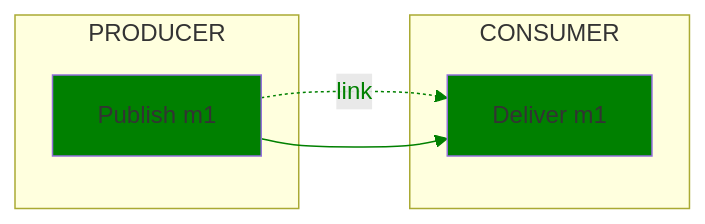
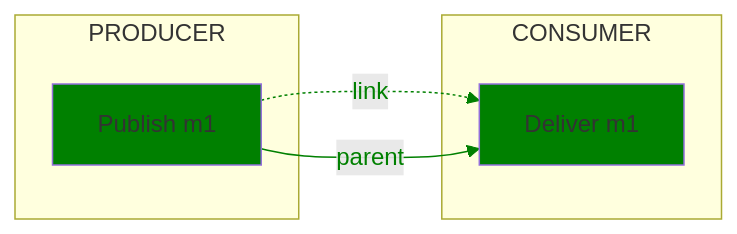
One commit to open-telemetry/oteps changed the third of 12 diagrams in text/trace/0220-messaging-semantic-conventions-span-structure.md. Above: the diagram before and after it, drawn with Mermaid. The commit also changed other lines of this file, not shown here.

Commit message:
Add parent label on diagrams

````diff
--- a/text/trace/0220-messaging-semantic-conventions-span-structure.md
+++ b/text/trace/0220-messaging-semantic-conventions-span-structure.md
@@ -364,15 +364,15 @@
 ```mermaid
 flowchart LR;
   subgraph PRODUCER
   PM1[Publish m1]
   end
   subgraph CONSUMER
   DM1[Deliver m1]
   end
   PM1-. link .->DM1;
-  PM1-->DM1;
+  PM1-->|parent|DM1;
 
   classDef normal fill:green
   class PM1,DM1 normal
   linkStyle 0,1 color:green,stroke:green
 ```
````
